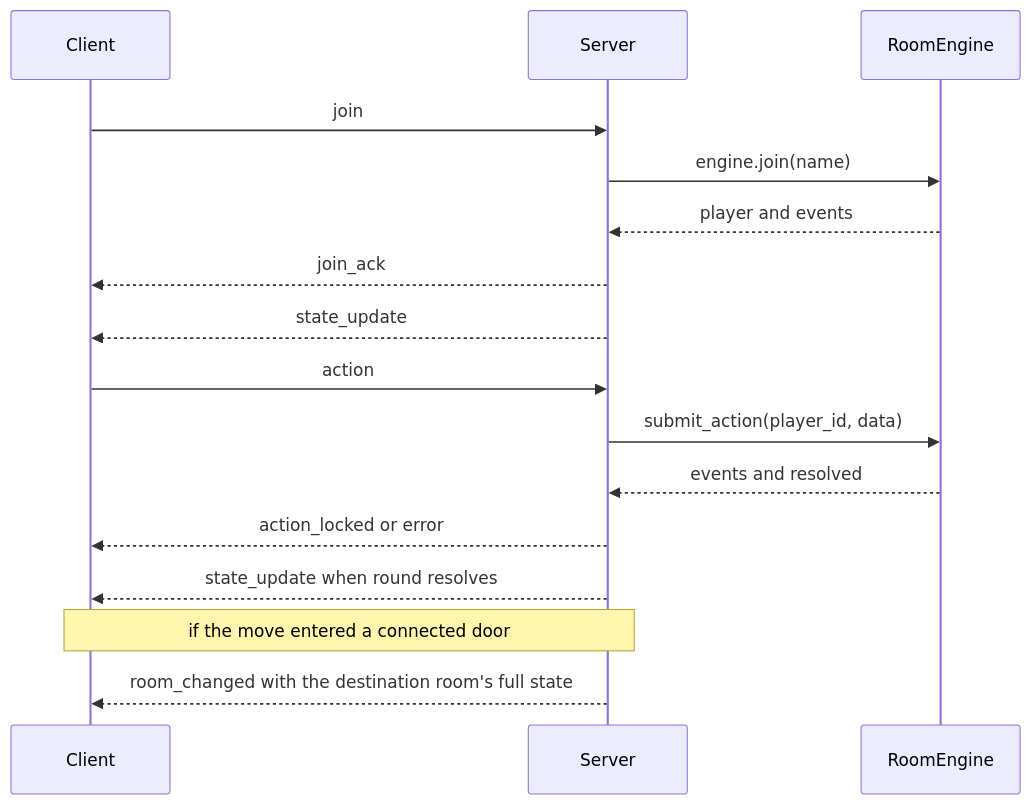
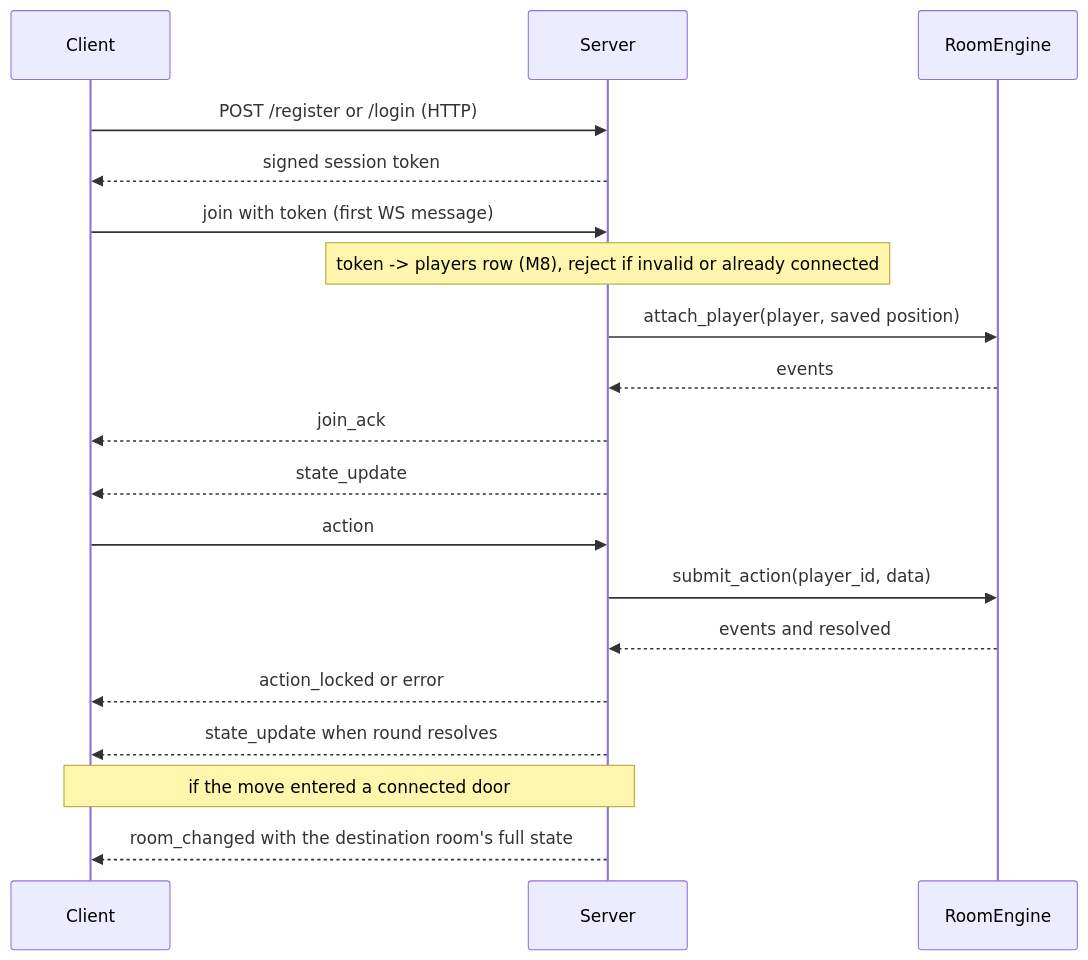
Before and after one commit to GoldenWind8/roguelike-mvp: the sixth of 8 diagrams in docs/ARCHITECTURE.md, drawn with Mermaid. The commit also changed other lines of this file and 18 other files, not shown here.

````diff
--- a/docs/ARCHITECTURE.md
+++ b/docs/ARCHITECTURE.md
@@ -268,20 +269,23 @@
 ```mermaid
 sequenceDiagram
     participant Client
     participant Server
     participant RoomEngine
 
-    Client->>Server: join
-    Server->>RoomEngine: engine.join(name)
-    RoomEngine-->>Server: player and events
+    Client->>Server: POST /register or /login (HTTP)
+    Server-->>Client: signed session token
+    Client->>Server: join with token (first WS message)
+    Note over Server: token -> players row (M8), reject if invalid or already connected
+    Server->>RoomEngine: attach_player(player, saved position)
+    RoomEngine-->>Server: events
     Server-->>Client: join_ack
     Server-->>Client: state_update
 
     Client->>Server: action
     Server->>RoomEngine: submit_action(player_id, data)
     RoomEngine-->>Server: events and resolved
     Server-->>Client: action_locked or error
     Server-->>Client: state_update when round resolves
     Note over Server,Client: if the move entered a connected door
     Server-->>Client: room_changed with the destination room's full state
 ```
````
